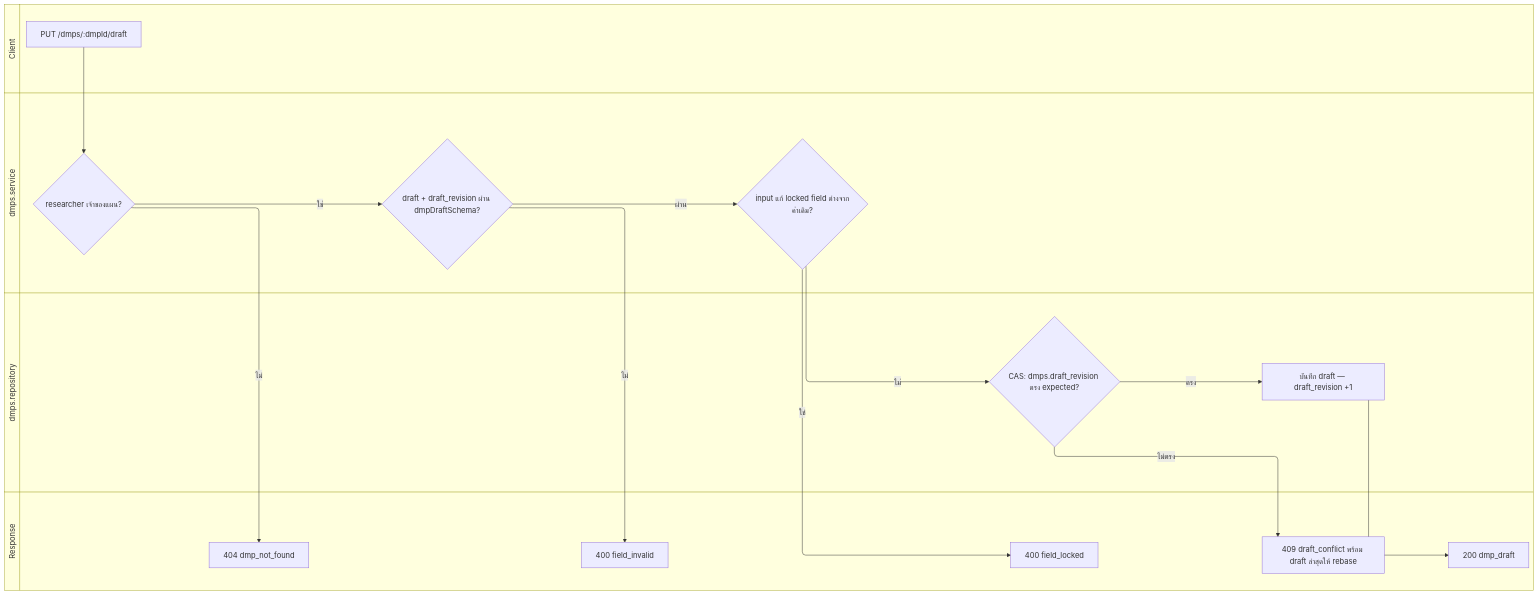
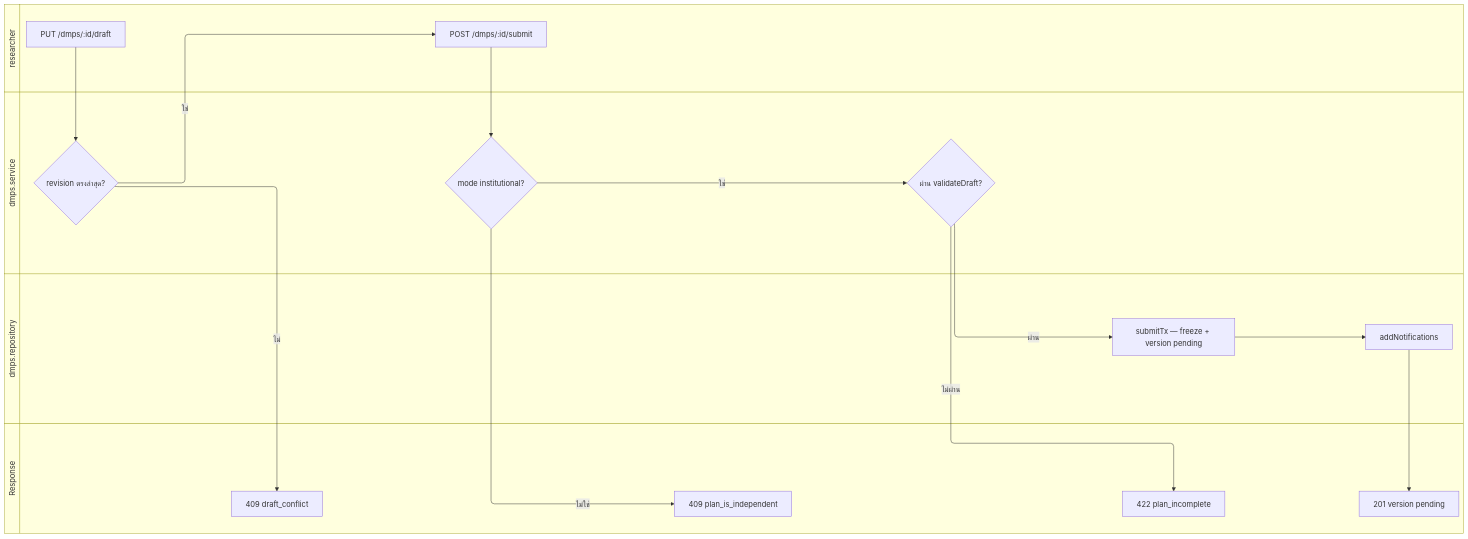
One commit to Open-Science-and-Data-management/Backend changed the first of 3 diagrams in src/features/dmps/README.md. Above: the diagram before and after it, drawn with Mermaid. The commit also changed other lines of this file and 22 other files, not shown here.

Commit message:
chore(wip): FF2569 form-aware ingestion — plan, spec, research, template schema, OOXML extractor, fixture, jszip dep (pre-implementation baseline)

````diff
--- a/src/features/dmps/README.md
+++ b/src/features/dmps/README.md
@@ -191,32 +118,32 @@
 ```mermaid
 swimlane-beta LR
-    subgraph client [Client]
-        A[PUT /dmps/:dmpId/draft]
+    subgraph res [researcher]
+        A[PUT /dmps/:id/draft]
+        S[POST /dmps/:id/submit]
     end
     subgraph svc [dmps.service]
-        B{researcher เจ้าของแผน?}
-        C{draft + draft_revision ผ่าน dmpDraftSchema?}
-        D{input แก้ locked field ต่างจากค่าเดิม?}
+        B{revision ตรงล่าสุด?}
+        C{ผ่าน validateDraft?}
+        D{mode institutional?}
     end
     subgraph repo [dmps.repository]
-        E{CAS: dmps.draft_revision ตรง expected?}
-        F[บันทึก draft — draft_revision +1]
+        E[submitTx — freeze + version pending]
+        F[addNotifications]
     end
-    subgraph res [Response]
-        G[404 dmp_not_found]
-        H[400 field_invalid]
-        I[400 field_locked]
-        J[409 draft_conflict พร้อม draft ล่าสุดให้ rebase]
-        K[200 dmp_draft]
+    subgraph out [Response]
+        G[409 draft_conflict]
+        H[422 plan_incomplete]
+        I[409 plan_is_independent]
+        J[201 version pending]
     end
     A --> B
     B -->|ไม่| G
-    B -->|ใช่| C
-    C -->|ไม่| H
-    C -->|ผ่าน| D
-    D -->|ใช่| I
-    D -->|ไม่| E
-    E -->|ไม่ตรง| J
-    E -->|ตรง| F
-    F --> K
+    B -->|ใช่| S
+    S --> D
+    D -->|ไม่ใช่| I
+    D -->|ใช่| C
+    C -->|ไม่ผ่าน| H
+    C -->|ผ่าน| E
+    E --> F
+    F --> J
 ```
````
